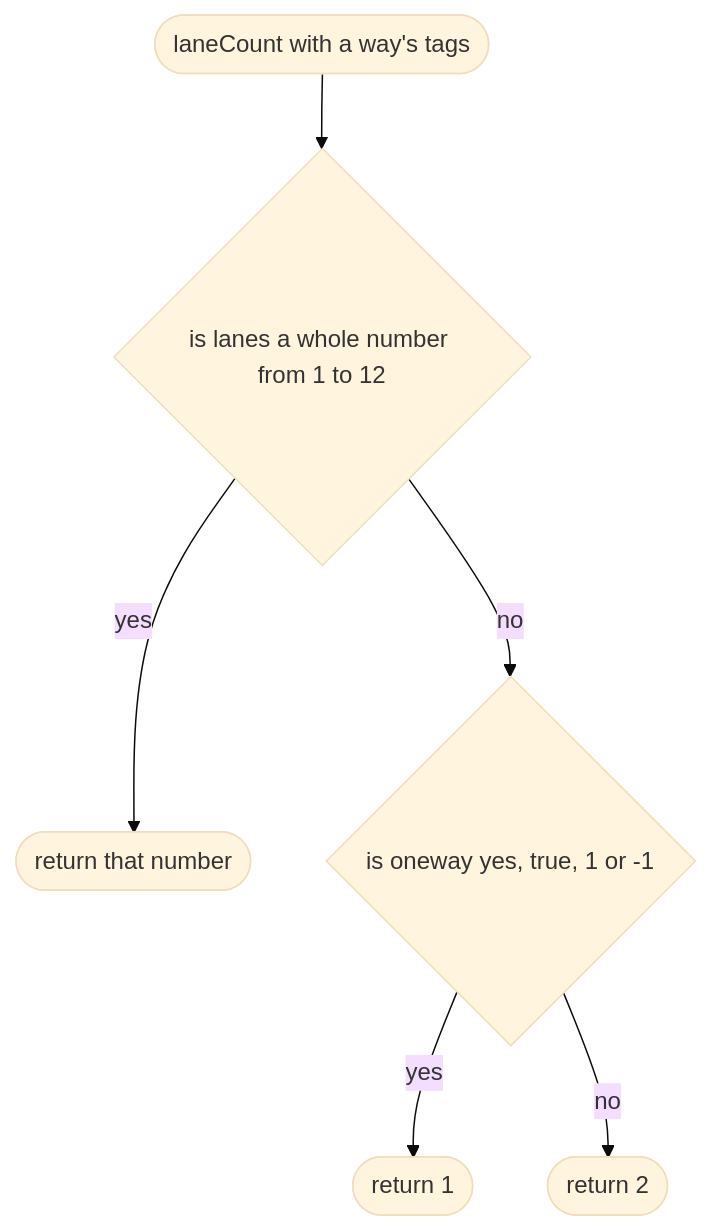
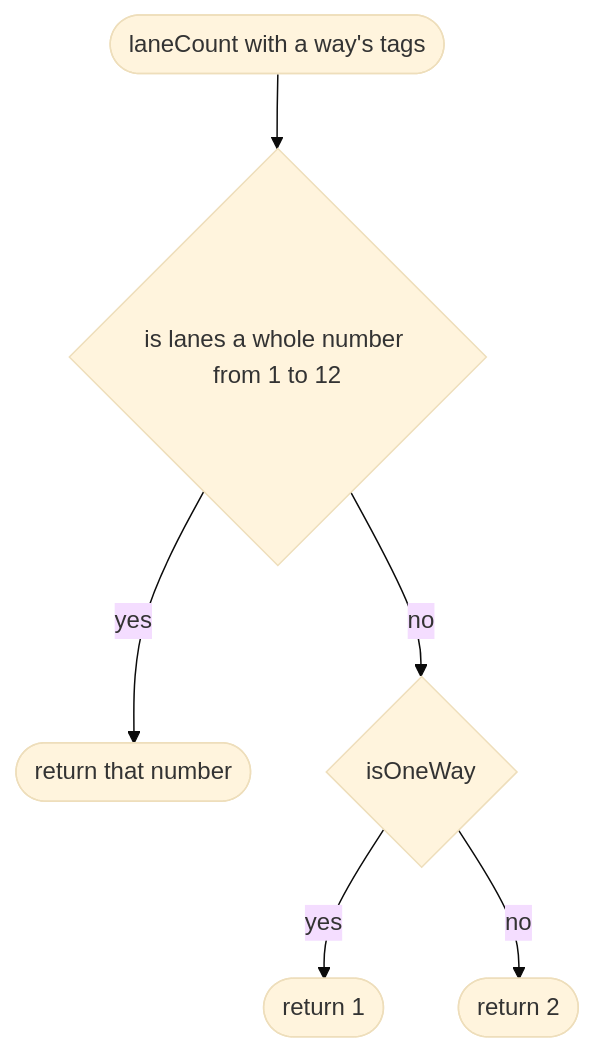
Before and after one commit to NewDara-Star/world-engine: the fifth of 5 diagrams in docs/designs/tools/bake/roads.md, drawn with Mermaid (base theme). The commit also changed other lines of this file and 41 other files, not shown here.

````diff
--- a/docs/designs/tools/bake/roads.md
+++ b/docs/designs/tools/bake/roads.md
@@ -88,14 +109,14 @@
 ```mermaid
 flowchart TD
   s(["laneCount with a way's tags"])
   a{"is lanes a whole number from 1 to 12"}
   b(["return that number"])
-  c{"is oneway yes, true, 1 or -1"}
+  c{"isOneWay"}
   d(["return 1"])
   e(["return 2"])
   s --> a
   a -->|"yes"| b
   a -->|"no"| c
   c -->|"yes"| d
   c -->|"no"| e
 ```
````
